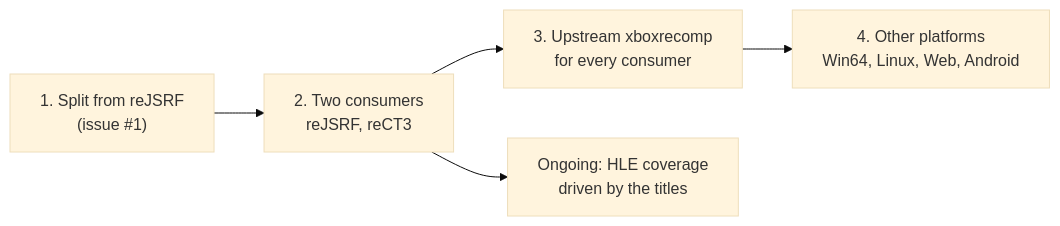
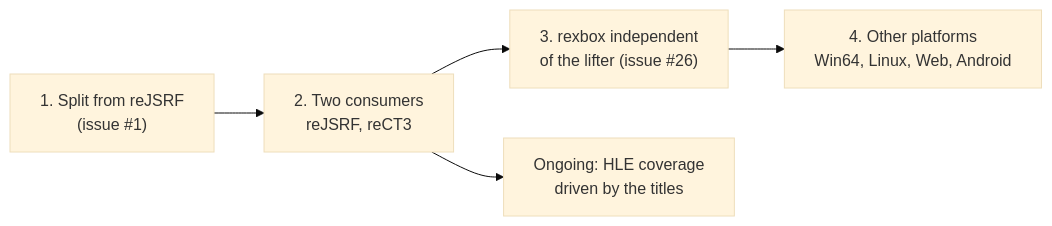
The diagram in docs/PROJECT_CHARTER.md (reexec/rexbox), drawn with Mermaid (base theme) before and after one commit. The commit also changed other lines of this file and 33 other files, not shown here.

Commit message:
v0.0.11: rexbox independent of the lifter, xboxrecomp dependency removed (#26)

````diff
--- a/docs/PROJECT_CHARTER.md
+++ b/docs/PROJECT_CHARTER.md
@@ -51,7 +51,7 @@
 ```mermaid
 flowchart LR
     A["1. Split from reJSRF<br/>(issue #1)"] --> B["2. Two consumers<br/>reJSRF, reCT3"]
-    B --> C["3. Upstream xboxrecomp<br/>for every consumer"]
+    B --> C["3. rexbox independent<br/>of the lifter (issue #26)"]
     C --> D["4. Other platforms<br/>Win64, Linux, Web, Android"]
     B --> E["Ongoing: HLE coverage<br/>driven by the titles"]
 ```
````
